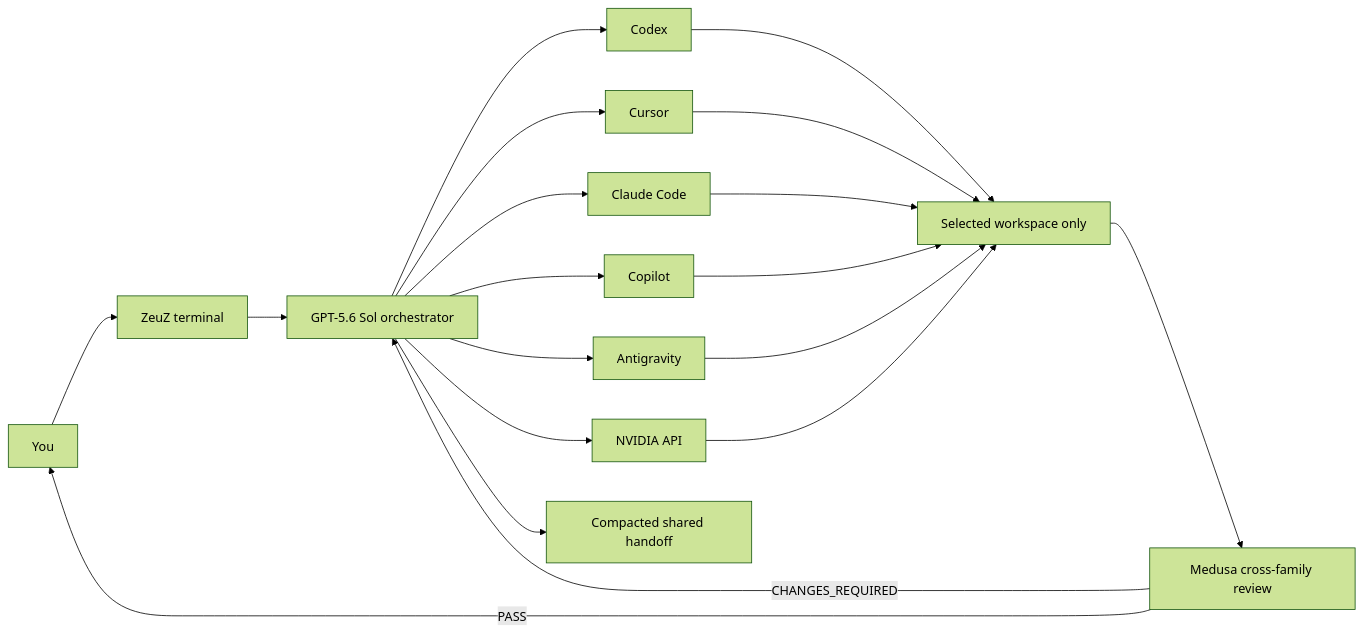
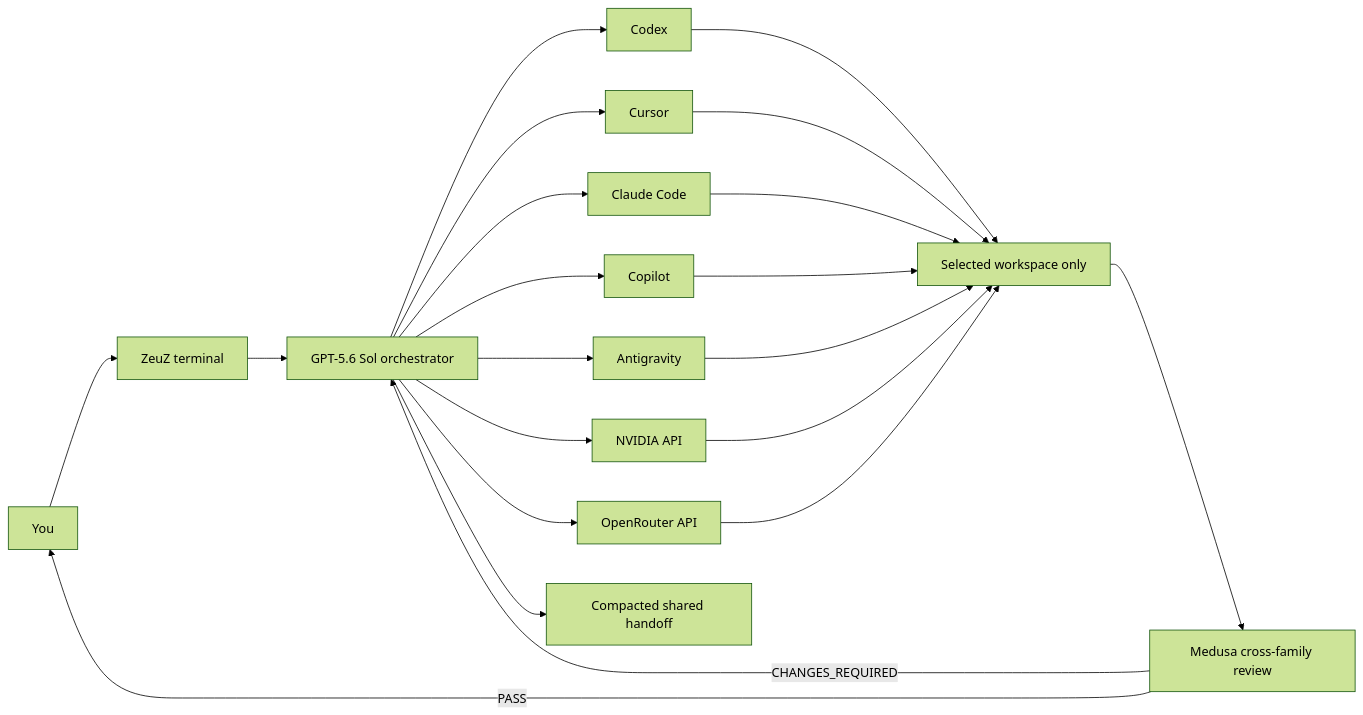
One commit to matheussluzz/ZeuZ-Agent changed the diagram in README.md. Above: the diagram before and after it, drawn with Mermaid (forest theme). The commit also changed other lines of this file and 135 other files, not shown here.

Commit message:
feat(wave05): add OpenRouter, AIHero, and DeepSeek routes

````diff
--- a/README.md
+++ b/README.md
@@ -37,16 +37,17 @@
 ```mermaid
 flowchart LR
     U["You"] --> Z["ZeuZ terminal"]
     Z --> O["GPT-5.6 Sol orchestrator"]
     O --> C["Codex"]
     O --> R["Cursor"]
     O --> L["Claude Code"]
     O --> P["Copilot"]
     O --> A["Antigravity"]
     O --> N["NVIDIA API"]
+    O --> OR["OpenRouter API"]
     O --> H["Compacted shared handoff"]
-    C & R & L & P & A & N --> W["Selected workspace only"]
+    C & R & L & P & A & N & OR --> W["Selected workspace only"]
     W --> M["Medusa cross-family review"]
     M -->|"PASS"| U
     M -->|"CHANGES_REQUIRED"| O
 ```
````
